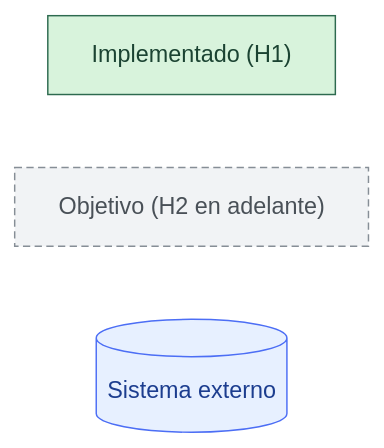
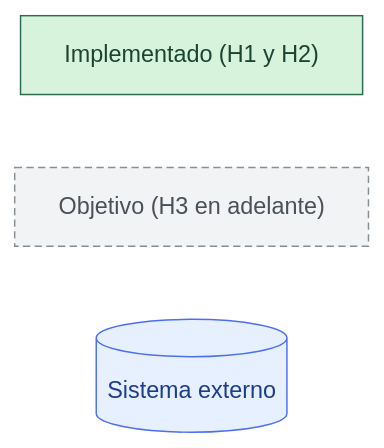
The first of 10 diagrams in README.md (lautaromoreyraa/spherex-blink), drawn with Mermaid before and after one commit. The commit also changed other lines of this file, not shown here.

````diff
--- a/README.md
+++ b/README.md
@@ -26,10 +28,10 @@
 ```mermaid
 flowchart LR
-    H["Implementado (H1)"]:::hecho
-    O["Objetivo (H2 en adelante)"]:::objetivo
+    H["Implementado (H1 y H2)"]:::hecho
+    O["Objetivo (H3 en adelante)"]:::objetivo
     E[("Sistema externo")]:::externo
 
     classDef hecho fill:#d8f3dc,stroke:#2d6a4f,color:#1b4332
     classDef objetivo fill:#f1f3f5,stroke:#868e96,stroke-dasharray:5 3,color:#495057
     classDef externo fill:#e7f0ff,stroke:#4c6ef5,color:#1c3d8f
 ```
````
